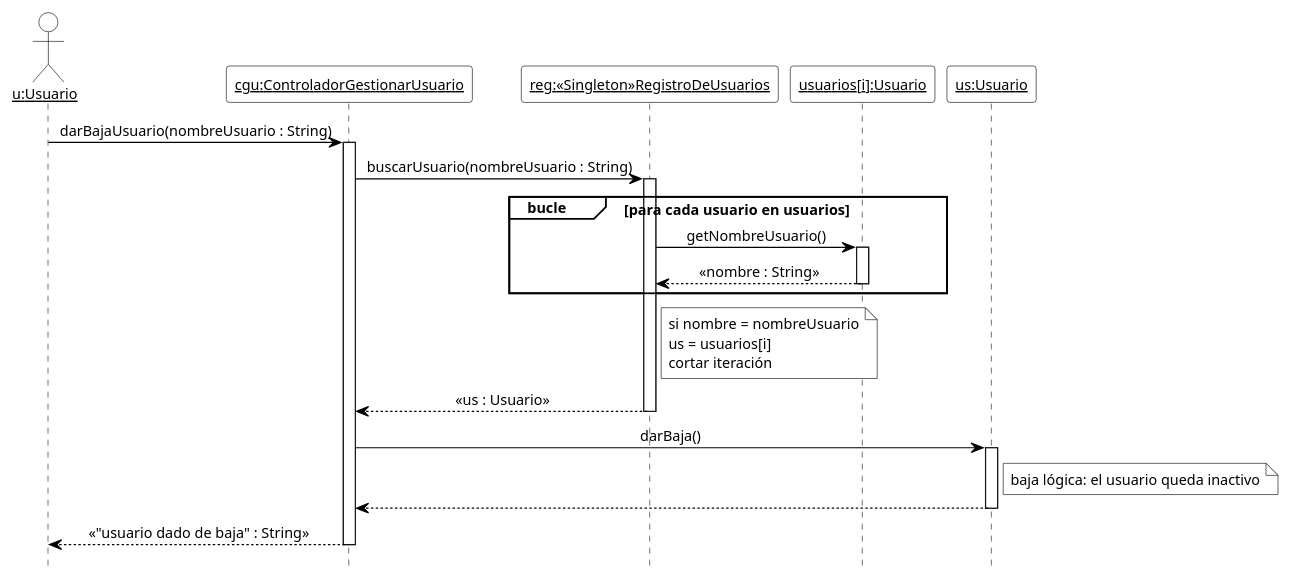
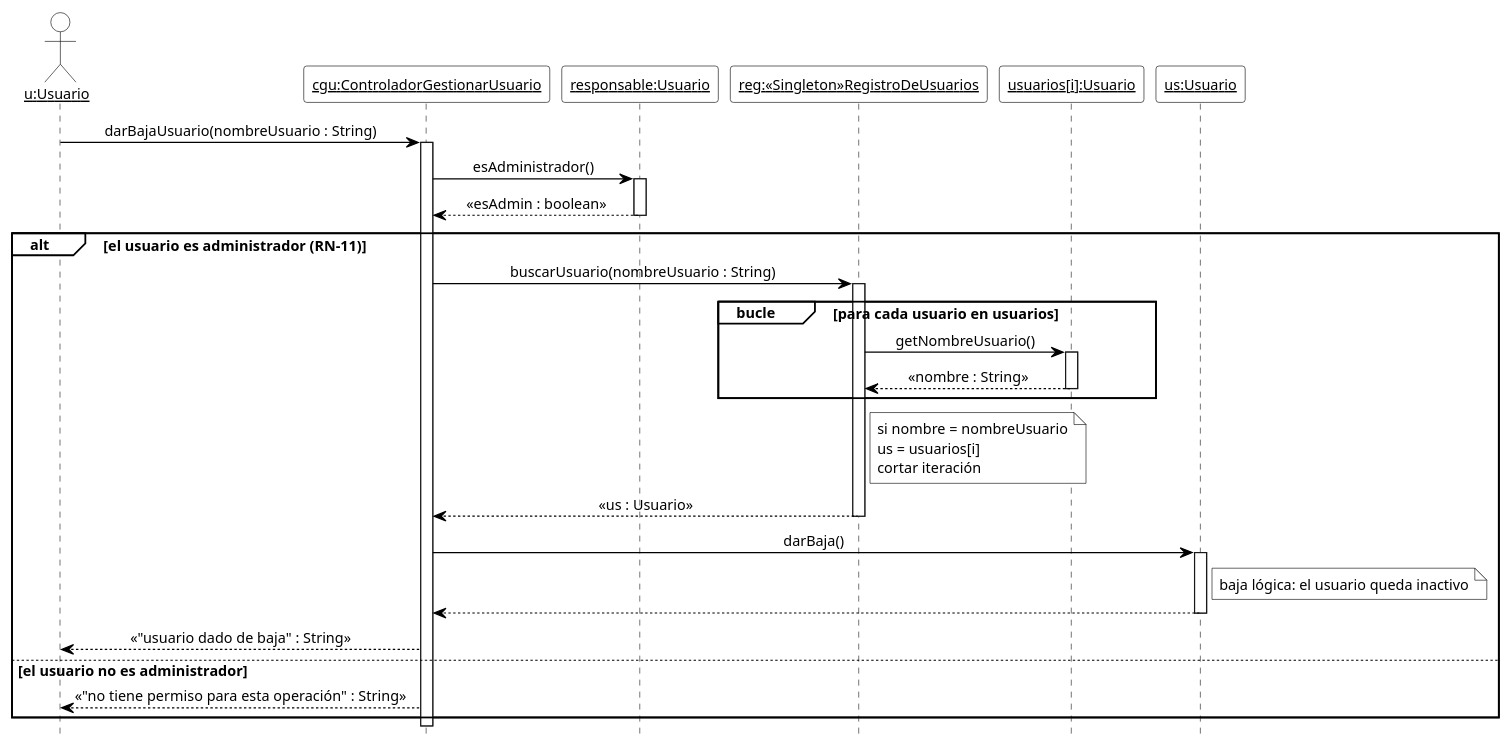
The fourth of 18 diagrams in 08-Diagrama De Secuencia/Diagramas_de_Secuencia.md (cirotop/Stock-Project), drawn with PlantUML before and after one commit. The commit also changed other lines of this file and 20 other files, not shown here.

````diff
--- a/08-Diagrama De Secuencia/Diagramas_de_Secuencia.md
+++ b/08-Diagrama De Secuencia/Diagramas_de_Secuencia.md
@@ -245,49 +260,57 @@
 ```plantuml
 @startuml DSD_CU-02_darBajaUsuario
 ' Diagrama de Secuencia de Diseño (DSD) - CU-02 Gestionar usuario - darBajaUsuario
 ' Estilo de los ejemplos de la teoría (introducirArticulo / crearNuevaVenta).
 hide footbox
 skinparam shadowing false
 skinparam defaultFontName Arial
 skinparam defaultFontSize 12
 skinparam sequenceMessageAlign center
 skinparam ArrowColor black
 skinparam ParticipantBackgroundColor white
 skinparam ParticipantBorderColor black
 skinparam CollectionsBackgroundColor white
 skinparam CollectionsBorderColor black
 skinparam ActorBackgroundColor white
 skinparam ActorBorderColor black
 skinparam LifeLineBorderColor black
 skinparam LifeLineBackgroundColor white
 skinparam SequenceGroupBackgroundColor white
 skinparam SequenceGroupBorderColor black
 skinparam SequenceGroupHeaderFontColor black
 skinparam NoteBackgroundColor white
 skinparam NoteBorderColor black
 
 actor "<u>u:Usuario</u>" as u
 participant "<u>cgu:ControladorGestionarUsuario</u>" as cgu
+participant "<u>responsable:Usuario</u>" as resp
 participant "<u>reg:«Singleton»RegistroDeUsuarios</u>" as reg
 participant "<u>usuarios[i]:Usuario</u>" as ui
 participant "<u>us:Usuario</u>" as us
 
 u -> cgu ++ : darBajaUsuario(nombreUsuario : String)
-cgu -> reg ++ : buscarUsuario(nombreUsuario : String)
-group bucle [para cada usuario en usuarios]
-  reg -> ui ++ : getNombreUsuario()
-  ui --> reg -- : «nombre : String»
+cgu -> resp ++ : esAdministrador()
+resp --> cgu -- : «esAdmin : boolean»
+alt el usuario es administrador (RN-11)
+  cgu -> reg ++ : buscarUsuario(nombreUsuario : String)
+  group bucle [para cada usuario en usuarios]
+    reg -> ui ++ : getNombreUsuario()
+    ui --> reg -- : «nombre : String»
+  end
+  note right of reg
+    si nombre = nombreUsuario
+    us = usuarios[i]
+    cortar iteración
+  end note
+  reg --> cgu -- : «us : Usuario»
+  cgu -> us ++ : darBaja()
+  note right of us : baja lógica: el usuario queda inactivo
+  us --> cgu --
+  cgu --> u : «"usuario dado de baja" : String»
+else el usuario no es administrador
+  cgu --> u : «"no tiene permiso para esta operación" : String»
 end
-note right of reg
-  si nombre = nombreUsuario
-  us = usuarios[i]
-  cortar iteración
-end note
-reg --> cgu -- : «us : Usuario»
-cgu -> us ++ : darBaja()
-note right of us : baja lógica: el usuario queda inactivo
-us --> cgu --
-cgu --> u -- : «"usuario dado de baja" : String»
+deactivate cgu
 
 @enduml
 ```
````
